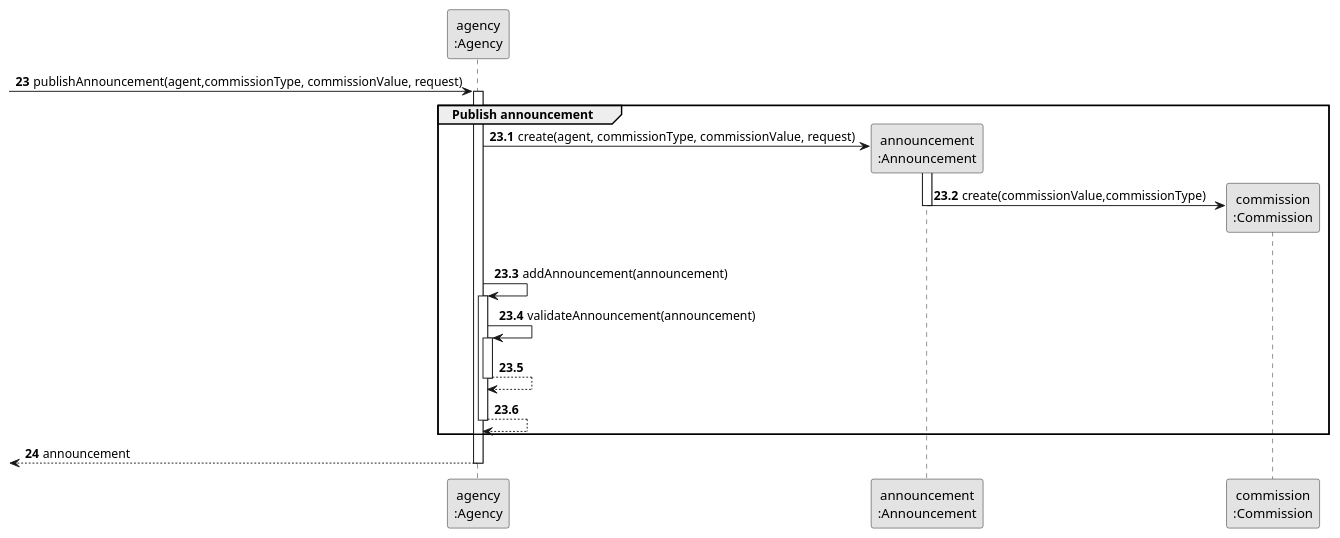
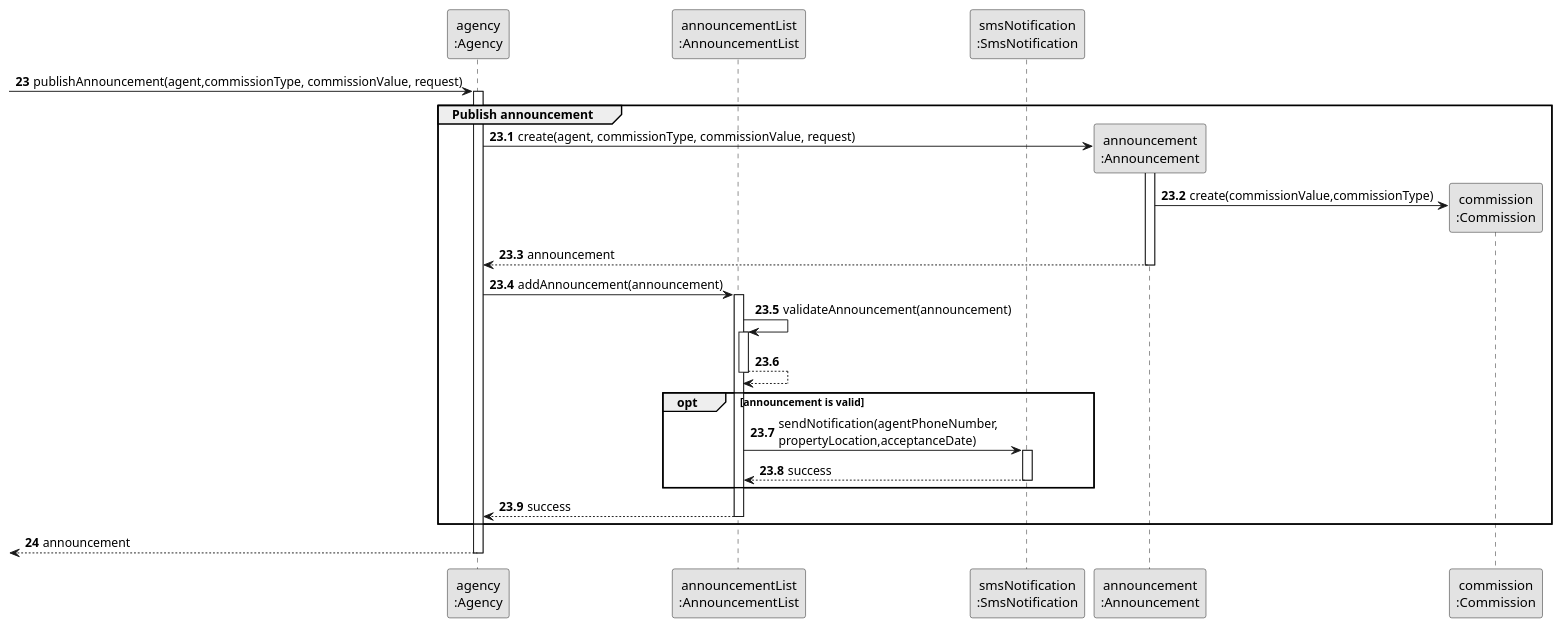
Before and after one commit to rita-barbosa/LAPR2-2223: the diagram in docs/sprintD/us002/03.design/puml/us002-sequence-diagram-partial-publish-announcement.puml, drawn with PlantUML. The commit also changed 1 other file, not shown here.

Commit message:
Update sequence diagram  [US002 - Refinement][Design]

```diff
--- a/docs/sprintD/us002/03.design/puml/us002-sequence-diagram-partial-publish-announcement.puml
+++ b/docs/sprintD/us002/03.design/puml/us002-sequence-diagram-partial-publish-announcement.puml
@@ -1,47 +1,57 @@
 @startuml
 skinparam monochrome true
 skinparam packageStyle rectangle
 skinparam shadowing false\
 
 
 participant "agency\n:Agency" as AGENCY
+participant "announcementList\n:AnnouncementList" as ADList
+participant "smsNotification\n:SmsNotification" as SMSNOT
 participant "announcement\n:Announcement" as AD
 participant "commission\n:Commission" as COMMISSION
 
 autonumber 23
 
              -> AGENCY : publishAnnouncement(agent,commissionType, commissionValue, request)
              activate AGENCY
 
 autonumber 23.1
 
     group Publish announcement
 
 
                 AGENCY -> AD**: create(agent, commissionType, commissionValue, request)
                 activate AD
 
                 AD -> COMMISSION** : create(commissionValue,commissionType)
 
-                |||
+                AD --> AGENCY : announcement
                 deactivate AD
 
-                AGENCY -> AGENCY: addAnnouncement(announcement)
+                AGENCY -> ADList: addAnnouncement(announcement)
+                activate ADList
 
-                activate AGENCY
-                    AGENCY -> AGENCY: validateAnnouncement(announcement)
-                    activate AGENCY
-                        AGENCY --> AGENCY
-                    deactivate AGENCY
+                ADList -> ADList: validateAnnouncement(announcement)
+                activate ADList
 
-                    AGENCY --> AGENCY
+                ADList --> ADList
+                deactivate ADList
 
-            deactivate  AGENCY
+                opt  announcement is valid
+                ADList -> SMSNOT : sendNotification(agentPhoneNumber, \npropertyLocation,acceptanceDate)
+                activate SMSNOT
+
+                SMSNOT --> ADList : success
+                deactivate SMSNOT
+                end opt
+
+                ADList --> AGENCY : success
+                deactivate  ADList
     end
 
 autonumber 24
 
     <-- AGENCY : announcement
     deactivate AGENCY
 
 @enduml
```
